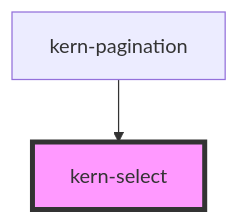
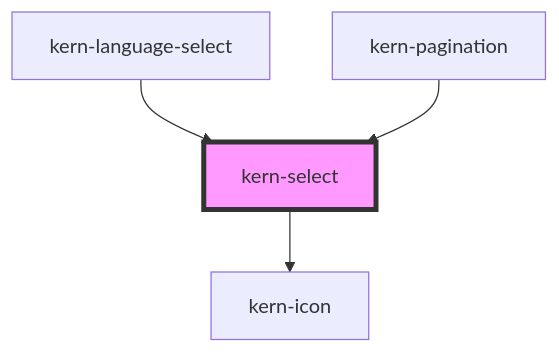
Before and after one commit to yfridelance/kern: the diagram in src/components/kern-select/readme.md, drawn with Mermaid. The commit also changed other lines of this file and 27 other files, not shown here.

First line of the commit message:
kern-language-select: Sprachumschalter

````diff
--- a/src/components/kern-select/readme.md
+++ b/src/components/kern-select/readme.md
@@ -199,5 +219,7 @@
 ```mermaid
 graph TD;
+  kern-select --> kern-icon
+  kern-language-select --> kern-select
   kern-pagination --> kern-select
   style kern-select fill:#f9f,stroke:#333,stroke-width:4px
 ```
````
